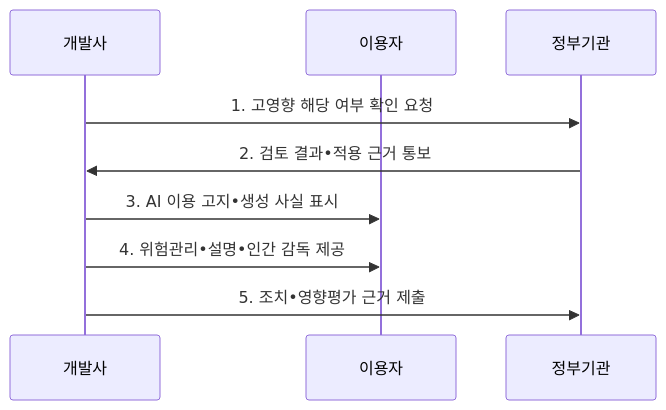
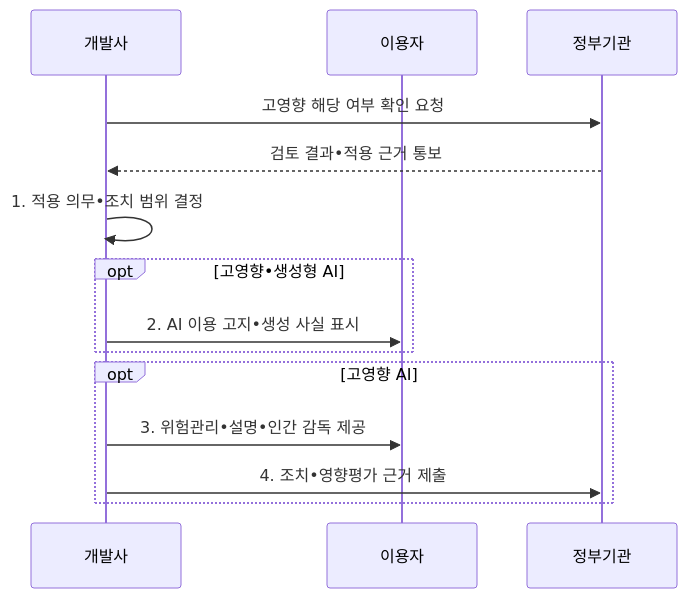
One commit to agnusdei1207/knowledge-base changed the second of 2 diagrams in src/content/docs/notes/07-law-policy/028_ai_basic_act.md. Above: the diagram before and after it, drawn with Mermaid. The commit also changed other lines of this file and 20 other files, not shown here.

````diff
--- a/src/content/docs/notes/07-law-policy/028_ai_basic_act.md
+++ b/src/content/docs/notes/07-law-policy/028_ai_basic_act.md
@@ -107,11 +107,16 @@
 ```mermaid
 sequenceDiagram
     participant 개발사
     participant 이용자
     participant 정부기관
-    개발사->>정부기관: 1. 고영향 해당 여부 확인 요청
-    정부기관->>개발사: 2. 검토 결과•적용 근거 통보
-    개발사->>이용자: 3. AI 이용 고지•생성 사실 표시
-    개발사->>이용자: 4. 위험관리•설명•인간 감독 제공
-    개발사->>정부기관: 5. 조치•영향평가 근거 제출
+    개발사->>정부기관: 고영향 해당 여부 확인 요청
+    정부기관-->>개발사: 검토 결과•적용 근거 통보
+    개발사->>개발사: 1. 적용 의무•조치 범위 결정
+    opt 고영향•생성형 AI
+        개발사->>이용자: 2. AI 이용 고지•생성 사실 표시
+    end
+    opt 고영향 AI
+        개발사->>이용자: 3. 위험관리•설명•인간 감독 제공
+        개발사->>정부기관: 4. 조치•영향평가 근거 제출
+    end
 ```
````
